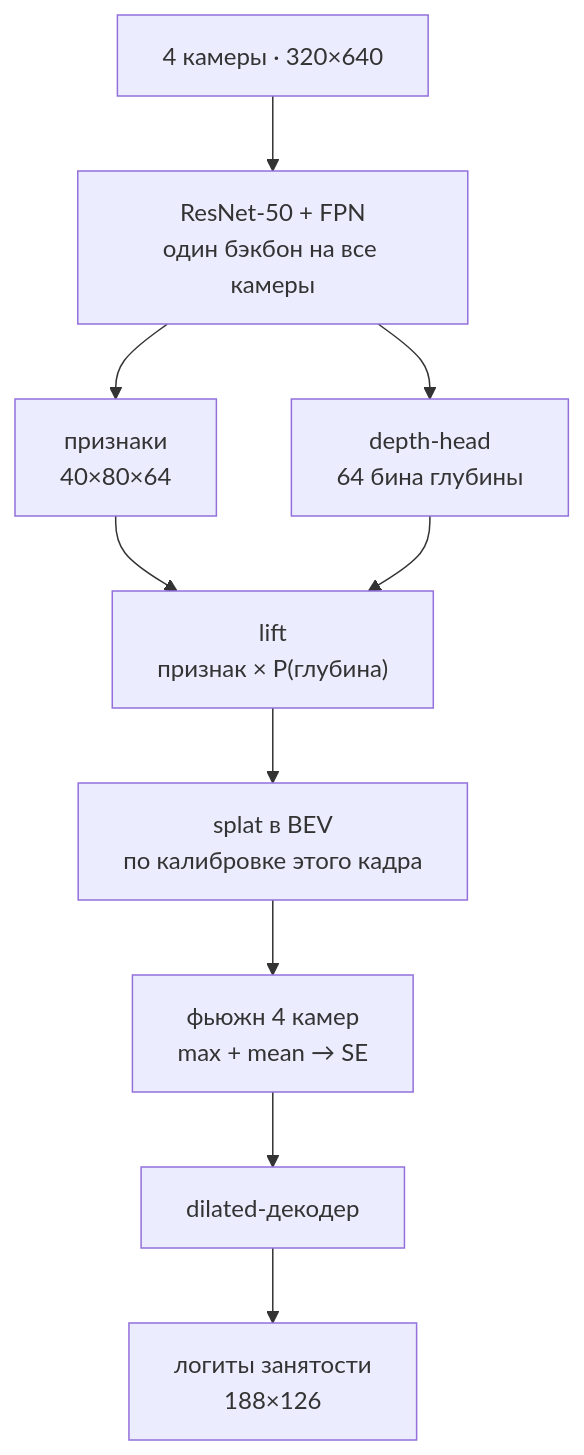
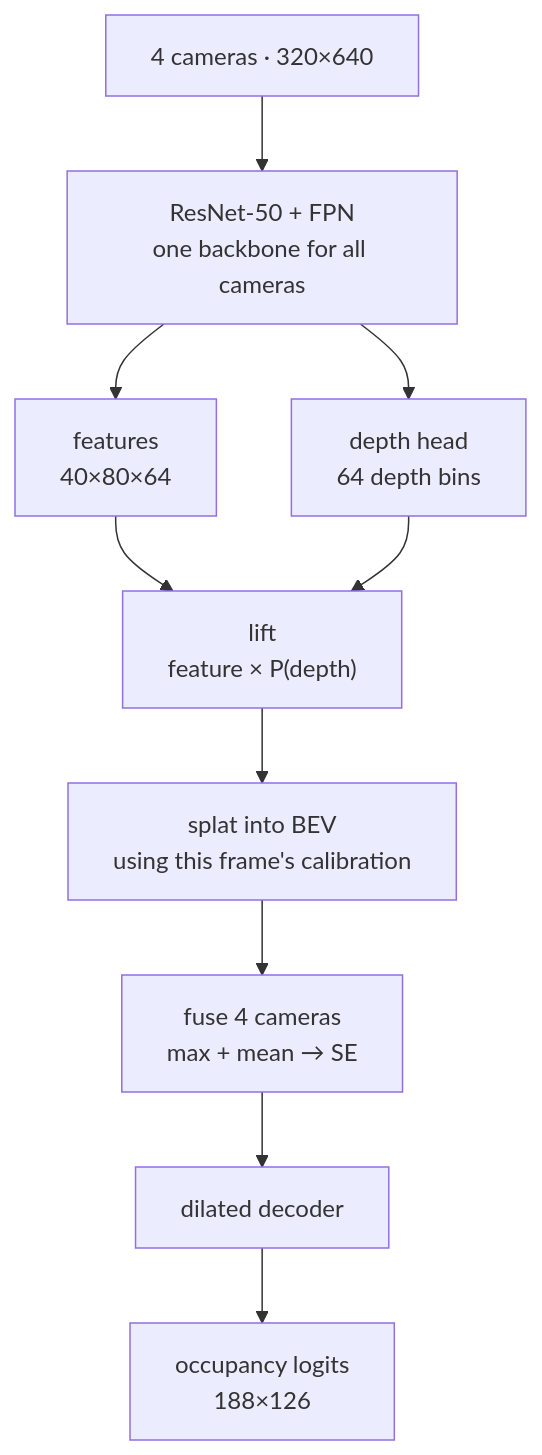
One commit to iluuua/aidao-2025-bev-occupancy changed the diagram in README.md. Above: the diagram before and after it, drawn with Mermaid. The commit also changed other lines of this file, not shown here.

````diff
--- a/README.md
+++ b/README.md
@@ -30,12 +31,12 @@
 ```mermaid
 flowchart TD
-    A["4 камеры · 320×640"] --> B["ResNet-50 + FPN<br/>один бэкбон на все камеры"]
-    B --> D["признаки<br/>40×80×64"]
-    B --> C["depth-head<br/>64 бина глубины"]
-    D --> E["lift<br/>признак × P(глубина)"]
+    A["4 cameras · 320×640"] --> B["ResNet-50 + FPN<br/>one backbone for all cameras"]
+    B --> D["features<br/>40×80×64"]
+    B --> C["depth head<br/>64 depth bins"]
+    D --> E["lift<br/>feature × P(depth)"]
     C --> E
-    E --> F["splat в BEV<br/>по калибровке этого кадра"]
-    F --> G["фьюжн 4 камер<br/>max + mean → SE"]
-    G --> H["dilated-декодер"]
-    H --> I["логиты занятости<br/>188×126"]
+    E --> F["splat into BEV<br/>using this frame's calibration"]
+    F --> G["fuse 4 cameras<br/>max + mean → SE"]
+    G --> H["dilated decoder"]
+    H --> I["occupancy logits<br/>188×126"]
 ```
````
